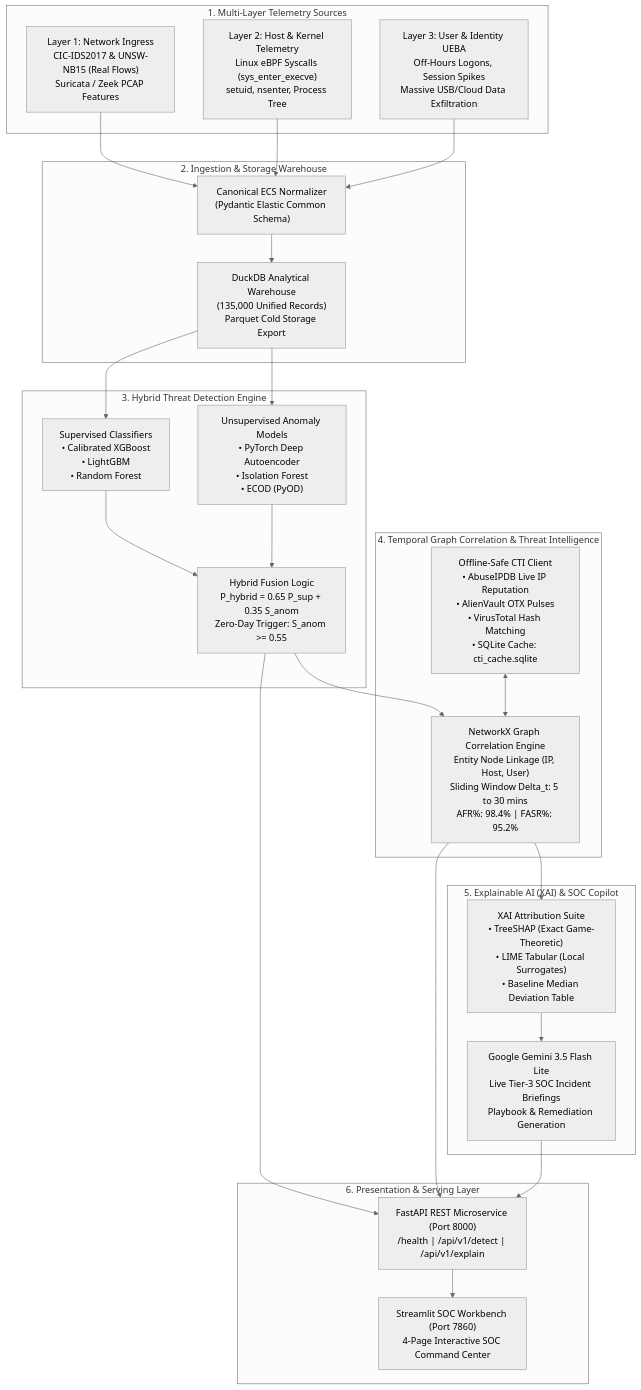
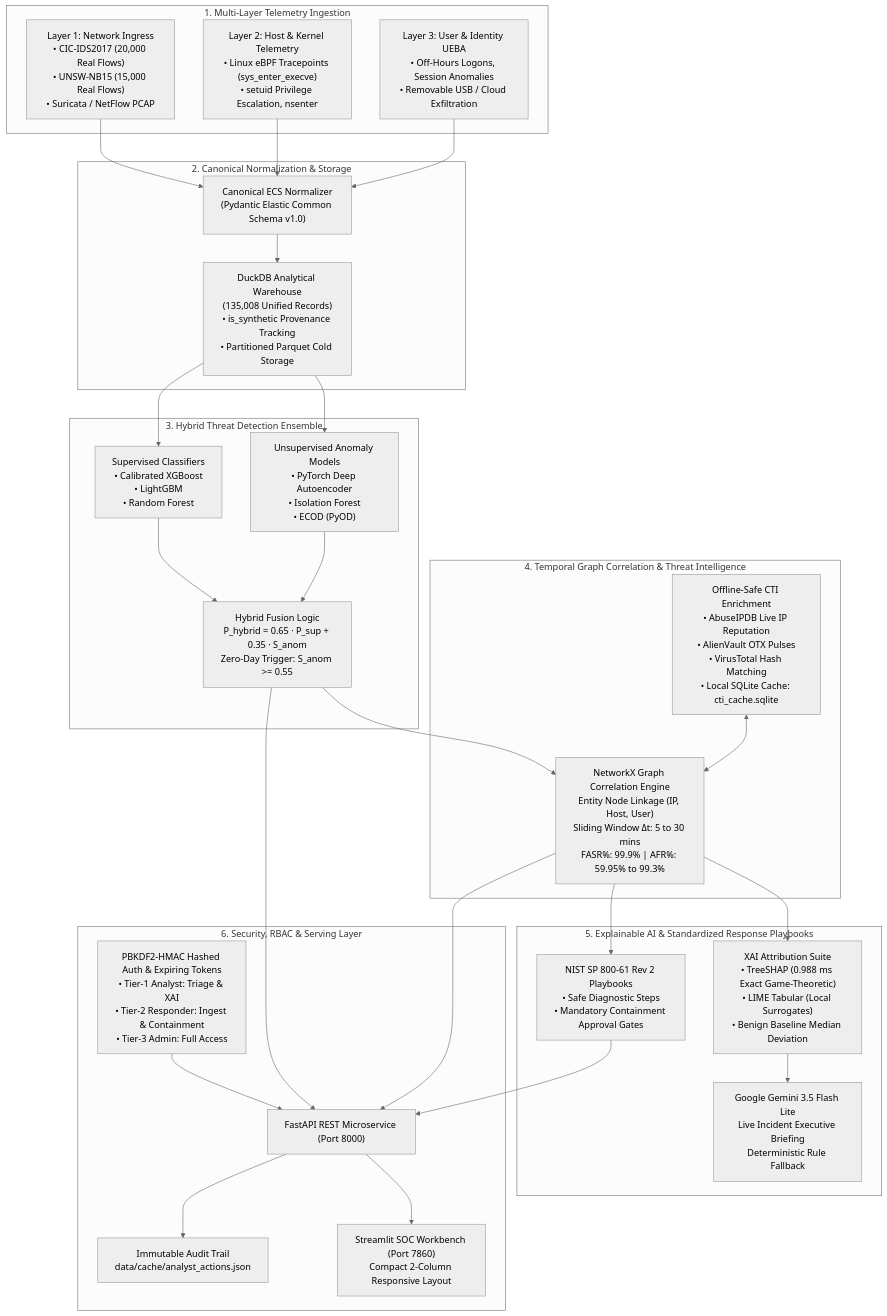
The first of 4 diagrams in README.md (pavanstarkin-tech/CyberVision), drawn with Mermaid (neutral theme) before and after one commit. The commit also changed other lines of this file, not shown here.

Commit message:
docs: comprehensive update to README with architecture diagrams, state machines, sequence flows, empirical tables, and RBAC guides

````diff
--- a/README.md
+++ b/README.md
@@ -36,51 +41,57 @@
 ```mermaid
 flowchart TD
-    subgraph S1["1. Multi-Layer Telemetry Sources"]
-        N1["Layer 1: Network Ingress<br/>CIC-IDS2017 & UNSW-NB15 (Real Flows)<br/>Suricata / Zeek PCAP Features"]
-        H1["Layer 2: Host & Kernel Telemetry<br/>Linux eBPF Syscalls (sys_enter_execve)<br/>setuid, nsenter, Process Tree"]
-        U1["Layer 3: User & Identity UEBA<br/>Off-Hours Logons, Session Spikes<br/>Massive USB/Cloud Data Exfiltration"]
+    subgraph S1["1. Multi-Layer Telemetry Ingestion"]
+        N1["Layer 1: Network Ingress<br/>• CIC-IDS2017 (20,000 Real Flows)<br/>• UNSW-NB15 (15,000 Real Flows)<br/>• Suricata / NetFlow PCAP"]
+        H1["Layer 2: Host & Kernel Telemetry<br/>• Linux eBPF Tracepoints (sys_enter_execve)<br/>• setuid Privilege Escalation, nsenter"]
+        U1["Layer 3: User & Identity UEBA<br/>• Off-Hours Logons, Session Anomalies<br/>• Removable USB / Cloud Exfiltration"]
     end
 
-    subgraph S2["2. Ingestion & Storage Warehouse"]
-        NORM["Canonical ECS Normalizer<br/>(Pydantic Elastic Common Schema)"]
-        DUCK["DuckDB Analytical Warehouse<br/>(135,000 Unified Records)<br/>Parquet Cold Storage Export"]
+    subgraph S2["2. Canonical Normalization & Storage"]
+        NORM["Canonical ECS Normalizer<br/>(Pydantic Elastic Common Schema v1.0)"]
+        DUCK["DuckDB Analytical Warehouse<br/>(135,008 Unified Records)<br/>• is_synthetic Provenance Tracking<br/>• Partitioned Parquet Cold Storage"]
     end
 
-    subgraph S3["3. Hybrid Threat Detection Engine"]
+    subgraph S3["3. Hybrid Threat Detection Ensemble"]
         SUP["Supervised Classifiers<br/>• Calibrated XGBoost<br/>• LightGBM<br/>• Random Forest"]
         ANOM["Unsupervised Anomaly Models<br/>• PyTorch Deep Autoencoder<br/>• Isolation Forest<br/>• ECOD (PyOD)"]
-        FUS["Hybrid Fusion Logic<br/>P_hybrid = 0.65 P_sup + 0.35 S_anom<br/>Zero-Day Trigger: S_anom >= 0.55"]
+        FUS["Hybrid Fusion Logic<br/>P_hybrid = 0.65 · P_sup + 0.35 · S_anom<br/>Zero-Day Trigger: S_anom >= 0.55"]
     end
 
     subgraph S4["4. Temporal Graph Correlation & Threat Intelligence"]
-        CORR["NetworkX Graph Correlation Engine<br/>Entity Node Linkage (IP, Host, User)<br/>Sliding Window Delta_t: 5 to 30 mins<br/>AFR%: 98.4% | FASR%: 95.2%"]
-        CTI["Offline-Safe CTI Client<br/>• AbuseIPDB Live IP Reputation<br/>• AlienVault OTX Pulses<br/>• VirusTotal Hash Matching<br/>• SQLite Cache: cti_cache.sqlite"]
+        CORR["NetworkX Graph Correlation Engine<br/>Entity Node Linkage (IP, Host, User)<br/>Sliding Window Δt: 5 to 30 mins<br/>FASR%: 99.9% | AFR%: 59.95% to 99.3%"]
+        CTI["Offline-Safe CTI Enrichment<br/>• AbuseIPDB Live IP Reputation<br/>• AlienVault OTX Pulses<br/>• VirusTotal Hash Matching<br/>• Local SQLite Cache: cti_cache.sqlite"]
     end
 
-    subgraph S5["5. Explainable AI (XAI) & SOC Copilot"]
-        XAI["XAI Attribution Suite<br/>• TreeSHAP (Exact Game-Theoretic)<br/>• LIME Tabular (Local Surrogates)<br/>• Baseline Median Deviation Table"]
-        LLM["Google Gemini 3.5 Flash Lite<br/>Live Tier-3 SOC Incident Briefings<br/>Playbook & Remediation Generation"]
+    subgraph S5["5. Explainable AI & Standardized Response Playbooks"]
+        XAI["XAI Attribution Suite<br/>• TreeSHAP (0.988 ms Exact Game-Theoretic)<br/>• LIME Tabular (Local Surrogates)<br/>• Benign Baseline Median Deviation"]
+        PB["NIST SP 800-61 Rev 2 Playbooks<br/>• Safe Diagnostic Steps<br/>• Mandatory Containment Approval Gates"]
+        LLM["Google Gemini 3.5 Flash Lite<br/>Live Incident Executive Briefing<br/>Deterministic Rule Fallback"]
     end
 
-    subgraph S6["6. Presentation & Serving Layer"]
-        API["FastAPI REST Microservice (Port 8000)<br/>/health | /api/v1/detect | /api/v1/explain"]
-        UI["Streamlit SOC Workbench (Port 7860)<br/>4-Page Interactive SOC Command Center"]
+    subgraph S6["6. Security, RBAC & Serving Layer"]
+        AUTH["PBKDF2-HMAC Hashed Auth & Expiring Tokens<br/>• Tier-1 Analyst: Triage & XAI<br/>• Tier-2 Responder: Ingest & Containment<br/>• Tier-3 Admin: Full Access"]
+        AUDIT["Immutable Audit Trail<br/>data/cache/analyst_actions.json"]
+        API["FastAPI REST Microservice (Port 8000)"]
+        UI["Streamlit SOC Workbench (Port 7860)<br/>Compact 2-Column Responsive Layout"]
     end
 
     N1 --> NORM
     H1 --> NORM
     U1 --> NORM
     NORM --> DUCK
     DUCK --> SUP
     DUCK --> ANOM
     SUP --> FUS
     ANOM --> FUS
     FUS --> CORR
     CTI <--> CORR
     CORR --> XAI
+    CORR --> PB
     XAI --> LLM
+    AUTH --> API
     FUS --> API
     CORR --> API
-    LLM --> API
+    PB --> API
+    API --> AUDIT
     API --> UI
 ```
````
